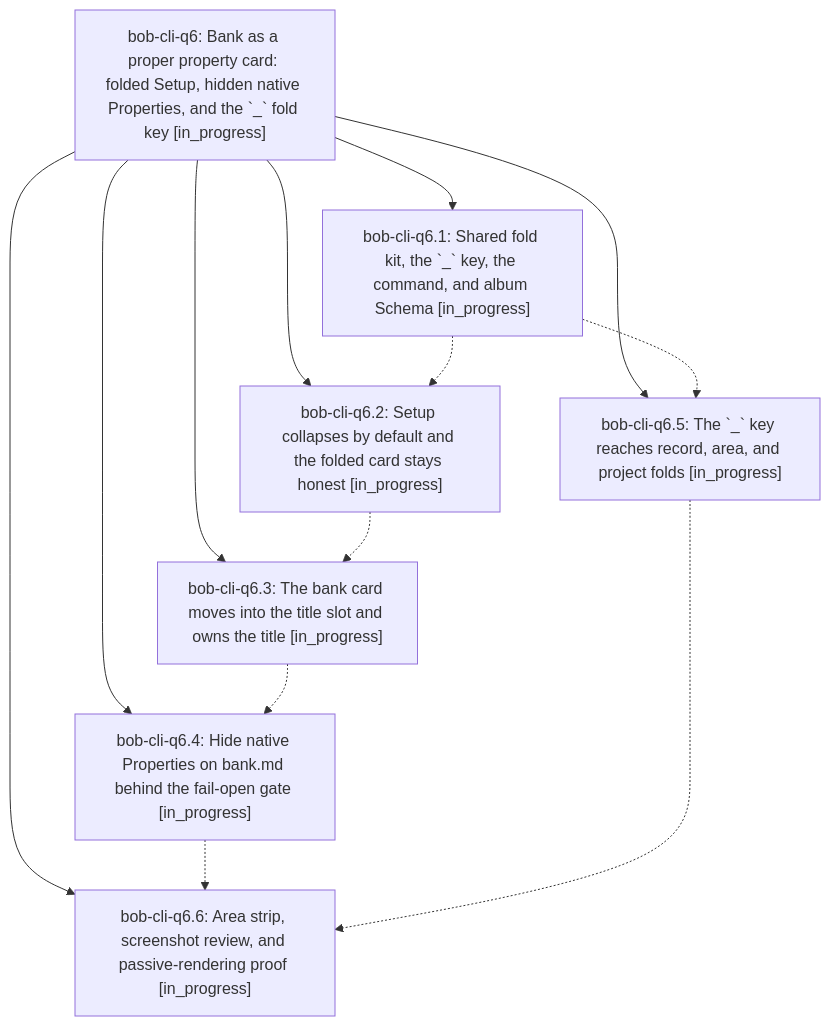
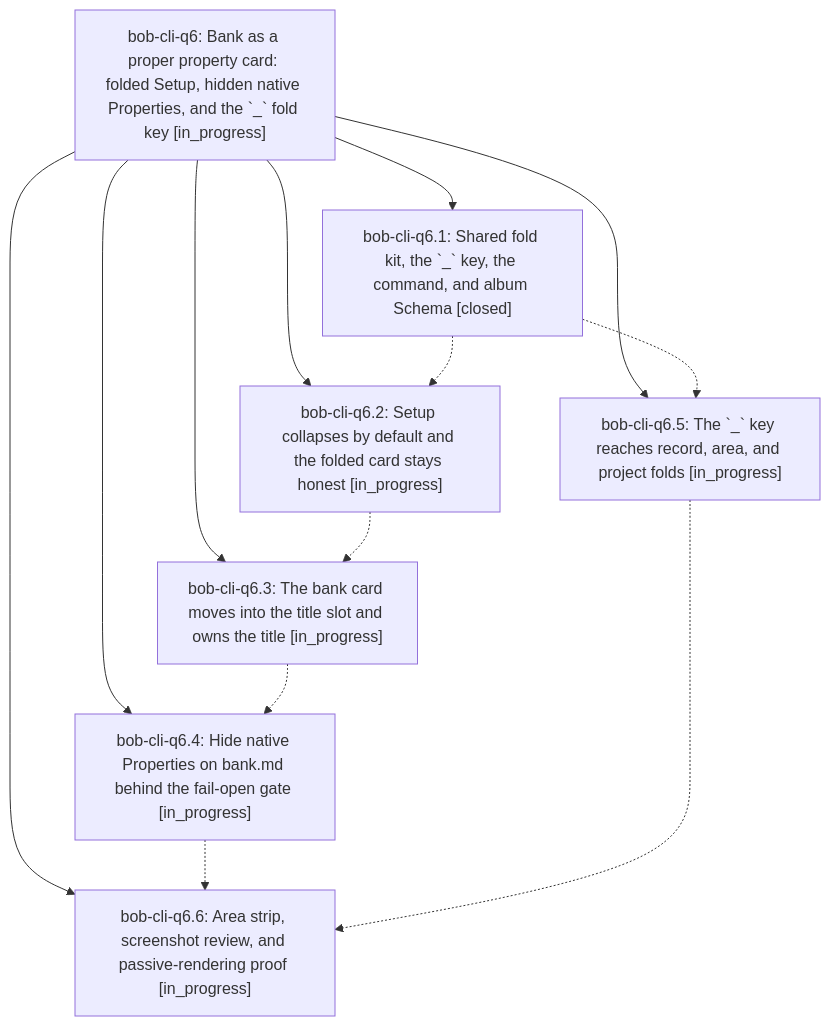
One commit to bobs-org/bob-cli--beads changed the diagram in pages/bob-cli-q6/README.md. Above: the diagram before and after it, drawn with Mermaid. The commit also changed other lines of this file and 3 other files, not shown here.

First line of the commit message:
chore(beads): sync bead state and pages for bob-cli-q6

````diff
--- a/pages/bob-cli-q6/README.md
+++ b/pages/bob-cli-q6/README.md
@@ -39,22 +39,22 @@
 ```mermaid
 flowchart TD
     n0["bob-cli-q6: Bank as a proper property card: folded Setup, hidden native Properties, and the `_` fold key [in_progress]"]
-    n1["bob-cli-q6.1: Shared fold kit, the `_` key, the command, and album Schema [in_progress]"]
+    n1["bob-cli-q6.1: Shared fold kit, the `_` key, the command, and album Schema [closed]"]
     n2["bob-cli-q6.2: Setup collapses by default and the folded card stays honest [in_progress]"]
     n3["bob-cli-q6.3: The bank card moves into the title slot and owns the title [in_progress]"]
     n4["bob-cli-q6.4: Hide native Properties on bank.md behind the fail-open gate [in_progress]"]
     n5["bob-cli-q6.5: The `_` key reaches record, area, and project folds [in_progress]"]
     n6["bob-cli-q6.6: Area strip, screenshot review, and passive-rendering proof [in_progress]"]
     n0 --> n1
     n0 --> n2
     n0 --> n3
     n0 --> n4
     n0 --> n5
     n0 --> n6
     n1 -.-> n2
     n1 -.-> n5
     n2 -.-> n3
     n3 -.-> n4
     n4 -.-> n6
     n5 -.-> n6
 ```
````
